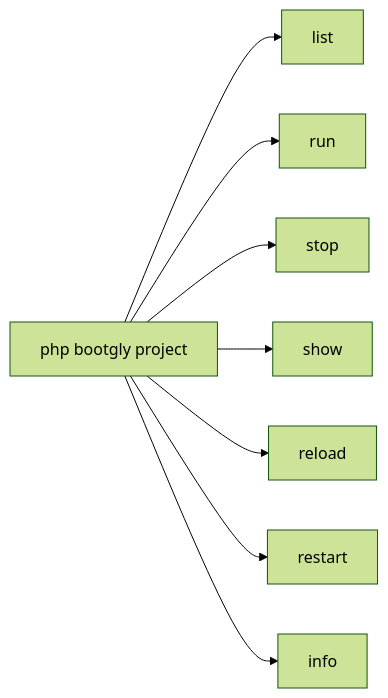
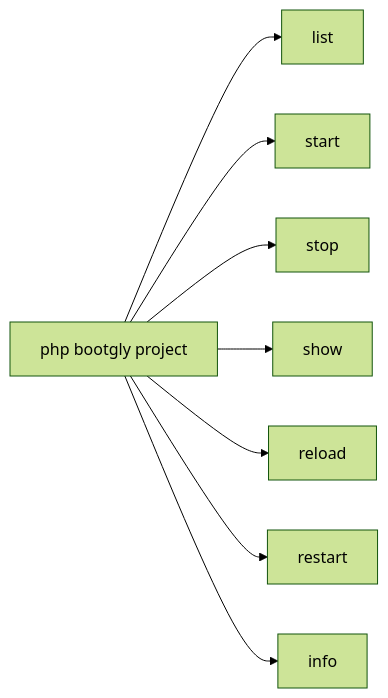
The first of 2 diagrams in src/pages/manual/Bootgly/essential/projects.overview.pt-BR.md (bootgly/bootgly_docs), drawn with Mermaid (forest theme) before and after one commit. The commit also changed other lines of this file and 1 other file, not shown here.

Commit message:
fix: update command from 'run' to 'start' in project management documentation

````diff
--- a/src/pages/manual/Bootgly/essential/projects.overview.pt-BR.md
+++ b/src/pages/manual/Bootgly/essential/projects.overview.pt-BR.md
@@ -83,11 +83,11 @@
 ```mermaid
 graph LR
   project["php bootgly project"]
   project --> list["list"]
-  project --> run["run"]
+  project --> start["start"]
   project --> stop["stop"]
   project --> show["show"]
   project --> reload["reload"]
   project --> restart["restart"]
   project --> info["info"]
 ```
````
